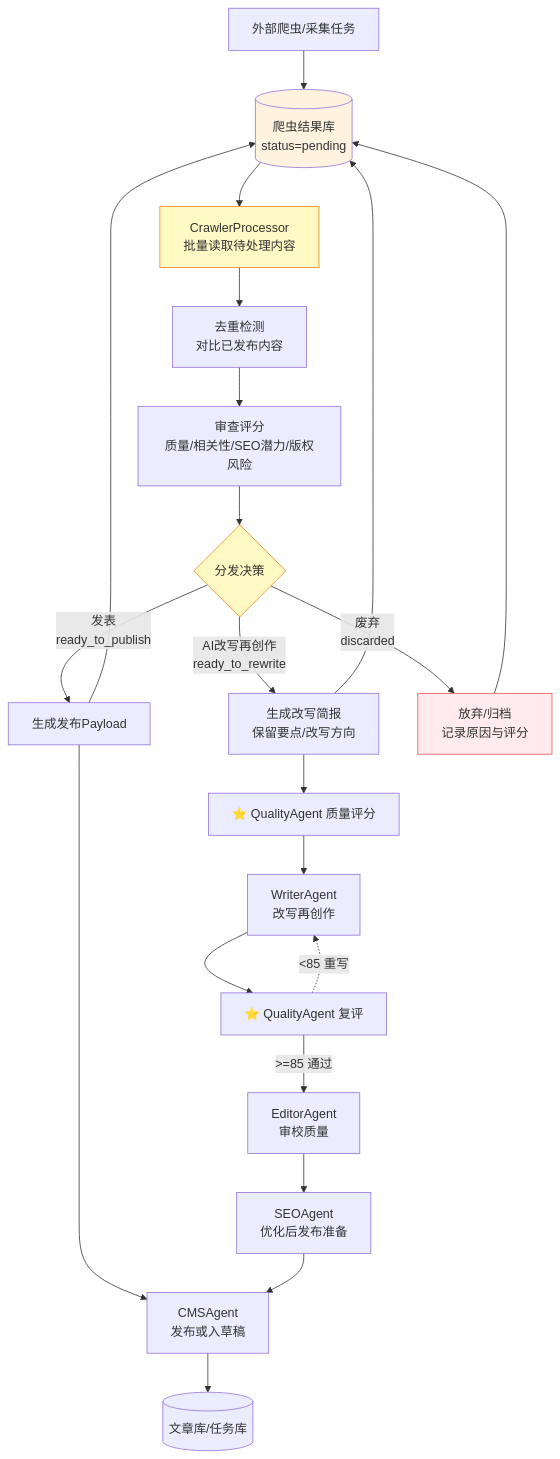
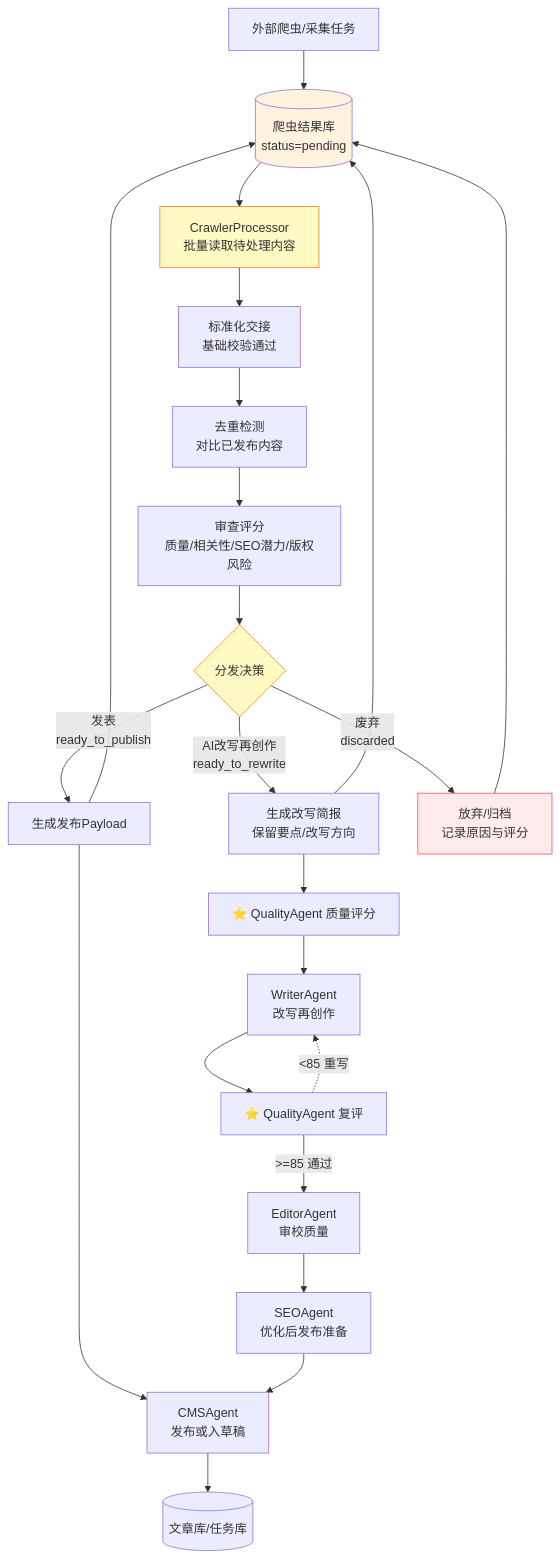
The third of 7 diagrams in 02-技术实现规范.md (flyingsnowzz/Multi-Agent-Automatic-Operation-Website), drawn with Mermaid before and after one commit. The commit also changed other lines of this file and 15 other files, not shown here.

````diff
--- a/02-技术实现规范.md
+++ b/02-技术实现规范.md
@@ -142,31 +142,32 @@
 ```mermaid
 flowchart TD
     SPIDER["外部爬虫/采集任务"] --> CRAWLER_DB[("爬虫结果库<br/>status=pending")]
     CRAWLER_DB --> CRAWLER["CrawlerProcessor<br/>批量读取待处理内容"]
-    CRAWLER --> DEDUP["去重检测<br/>对比已发布内容"]
+    CRAWLER --> HANDOFF["标准化交接<br/>基础校验通过"]
+    HANDOFF --> DEDUP["去重检测<br/>对比已发布内容"]
     DEDUP --> SCORE["审查评分<br/>质量/相关性/SEO潜力/版权风险"]
     SCORE --> DECISION{"分发决策"}
 
     DECISION -->|"发表<br/>ready_to_publish"| PUBLISH_PAYLOAD["生成发布Payload"]
     PUBLISH_PAYLOAD --> CMS["CMSAgent<br/>发布或入草稿"]
 
     DECISION -->|"AI改写再创作<br/>ready_to_rewrite"| BRIEF["生成改写简报<br/>保留要点/改写方向"]
     BRIEF --> Q_CRAWL["⭐ QualityAgent 质量评分"]
     Q_CRAWL --> WRITER["WriterAgent<br/>改写再创作"]
     WRITER --> Q_REV2["⭐ QualityAgent 复评"]
     Q_REV2 -->|">=85 通过"| EDITOR["EditorAgent<br/>审校质量"]
     Q_REV2 -.->|"<85 重写"| WRITER
     EDITOR --> SEO["SEOAgent<br/>优化后发布准备"]
     SEO --> CMS
 
     DECISION -->|"废弃<br/>discarded"| DISCARD["放弃/归档<br/>记录原因与评分"]
     CMS --> ARTICLE_DB[("文章库/任务库")]
     DISCARD --> CRAWLER_DB
     PUBLISH_PAYLOAD --> CRAWLER_DB
     BRIEF --> CRAWLER_DB
 
     style CRAWLER_DB fill:#fff3e0
     style CRAWLER fill:#fff9c4,stroke:#f57f17
     style DECISION fill:#fff9c4,stroke:#f57f17
     style DISCARD fill:#ffebee,stroke:#ef5350
 ```
````
